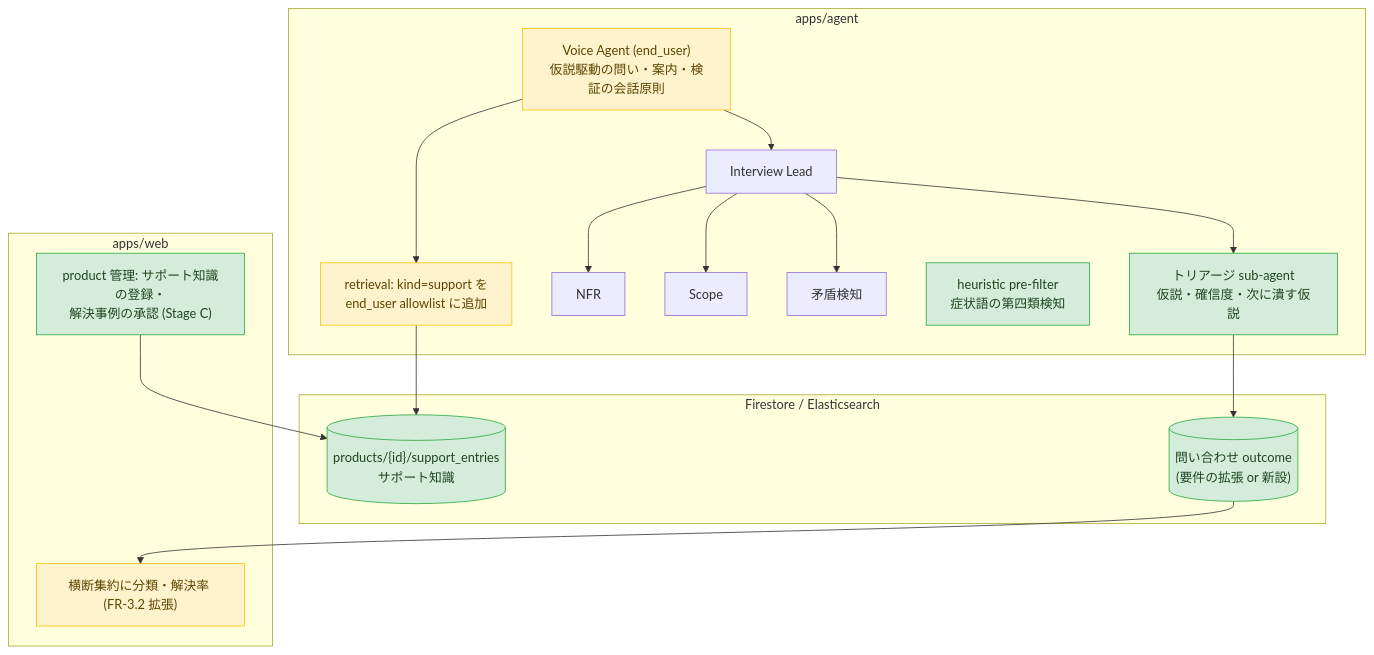
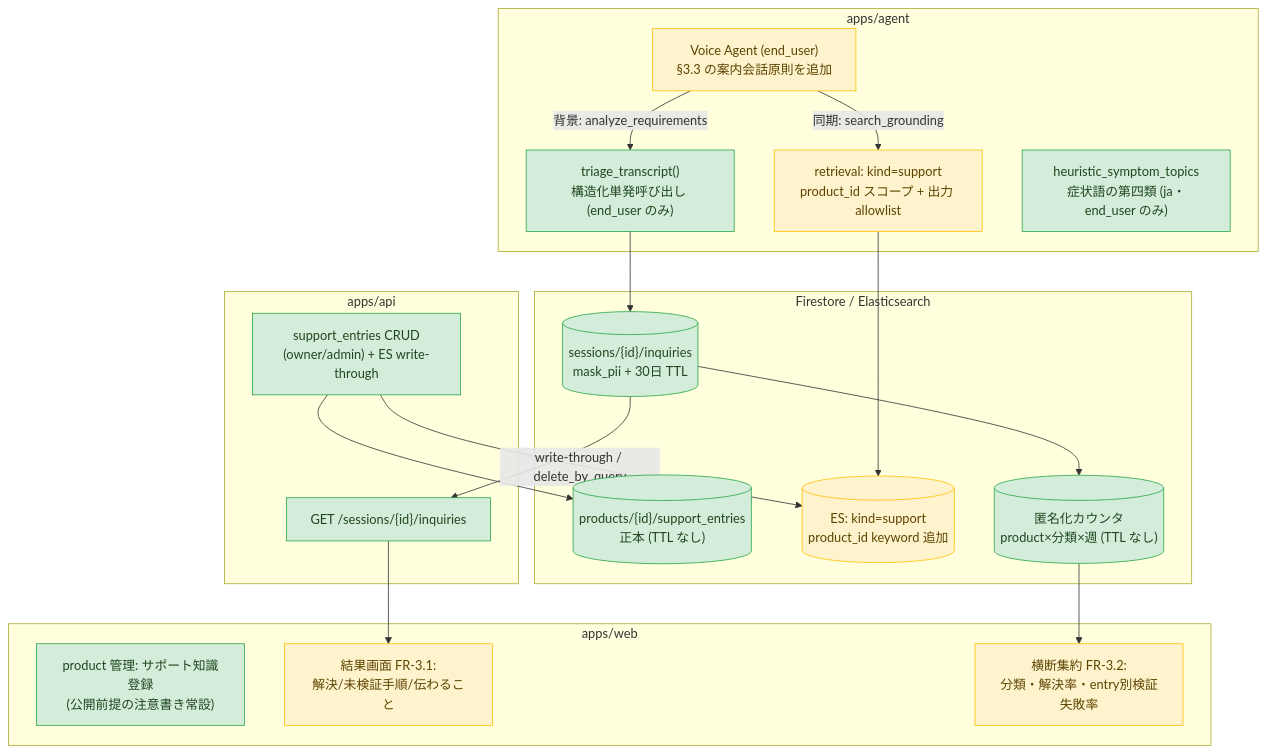
The third of 3 diagrams in docs/design/inquiry-triage.md (godhuu0505/sanba), drawn with Mermaid before and after one commit. The commit also changed other lines of this file, not shown here.

````diff
--- a/docs/design/inquiry-triage.md
+++ b/docs/design/inquiry-triage.md
@@ -192,27 +315,32 @@
 ```mermaid
 flowchart TB
   subgraph agent["apps/agent"]
-    VA["Voice Agent (end_user)<br/>仮説駆動の問い・案内・検証の会話原則"]:::ext
-    LEAD["Interview Lead"]
-    TRI["トリアージ sub-agent<br/>仮説・確信度・次に潰す仮説"]:::new
-    NFR["NFR"] & SCOPE["Scope"] & CONTRA["矛盾検知"]
-    HEUR["heuristic pre-filter<br/>症状語の第四類検知"]:::new
-    RET["retrieval: kind=support を<br/>end_user allowlist に追加"]:::ext
+    VA["Voice Agent (end_user)<br/>§3.3 の案内会話原則を追加"]:::ext
+    RET["retrieval: kind=support<br/>product_id スコープ + 出力 allowlist"]:::ext
+    TRI["triage_transcript()<br/>構造化単発呼び出し (end_user のみ)"]:::new
+    HEUR["heuristic_symptom_topics<br/>症状語の第四類 (ja・end_user のみ)"]:::new
   end
   subgraph data["Firestore / Elasticsearch"]
-    KB[("products/{id}/support_entries<br/>サポート知識")]:::new
-    INQ[("問い合わせ outcome<br/>(要件の拡張 or 新設)")]:::new
+    KB[("products/{id}/support_entries<br/>正本 (TTL なし)")]:::new
+    ES[("ES: kind=support<br/>product_id keyword 追加")]:::ext
+    INQ[("sessions/{id}/inquiries<br/>mask_pii + 30日 TTL")]:::new
+    CNT[("匿名化カウンタ<br/>product×分類×週 (TTL なし)")]:::new
+  end
+  subgraph api["apps/api"]
+    SUP["support_entries CRUD<br/>(owner/admin) + ES write-through"]:::new
+    HYD["GET /sessions/{id}/inquiries"]:::new
   end
   subgraph web["apps/web"]
-    OWN["product 管理: サポート知識の登録・<br/>解決事例の承認 (Stage C)"]:::new
-    AGGV["横断集約に分類・解決率 (FR-3.2 拡張)"]:::ext
+    OWN["product 管理: サポート知識登録<br/>(公開前提の注意書き常設)"]:::new
+    RES["結果画面 FR-3.1:<br/>解決/未検証手順/伝わること"]:::ext
+    AGGV["横断集約 FR-3.2:<br/>分類・解決率・entry別検証失敗率"]:::ext
   end
-  VA --> LEAD --> TRI
-  LEAD --> NFR & SCOPE & CONTRA
-  VA --> RET --> KB
-  TRI --> INQ
-  OWN --> KB
-  INQ --> AGGV
+  VA -->|"同期: search_grounding"| RET --> ES
+  VA -->|"背景: analyze_requirements"| TRI --> INQ
+  SUP --> KB
+  SUP -->|write-through / delete_by_query| ES
+  INQ --> CNT --> AGGV
+  INQ --> HYD --> RES
   classDef new fill:#d4edda,stroke:#28a745,color:#1e4620
   classDef ext fill:#fff3cd,stroke:#ffc107,color:#5c4400
 ```
````
